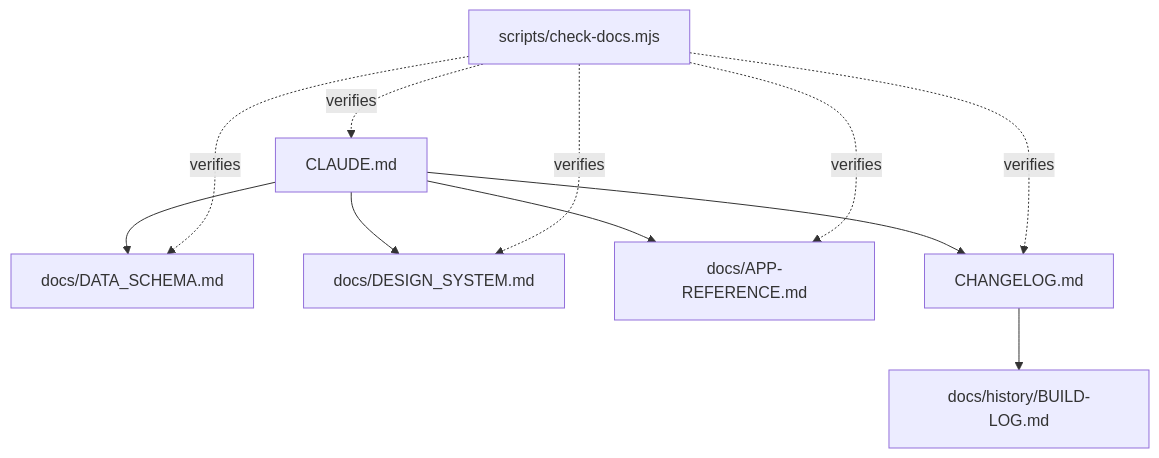
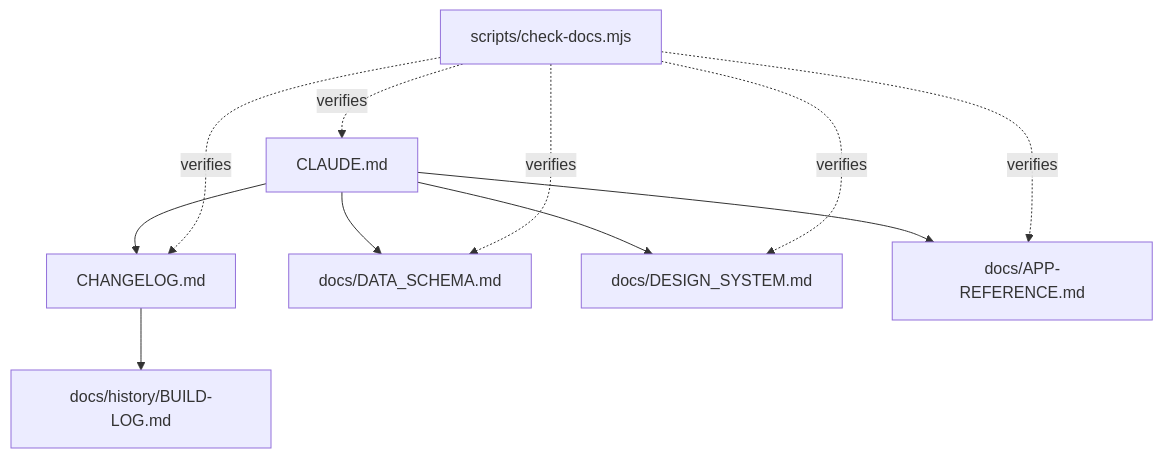
One commit to InesPatricia/Mi-Dia-App changed the diagram in README.md. Above: the diagram before and after it, drawn with Mermaid. The commit also changed other lines of this file, not shown here.

````diff
--- a/README.md
+++ b/README.md
@@ -223,14 +223,14 @@
 ```mermaid
 flowchart TB
     ROUTER["CLAUDE.md"]
+    ROUTER --> LOG["CHANGELOG.md"]
+    LOG --> ARCHIVE["docs/history/BUILD-LOG.md"]
     ROUTER --> SCHEMA["docs/DATA_SCHEMA.md"]
     ROUTER --> DESIGN["docs/DESIGN_SYSTEM.md"]
     ROUTER --> REF["docs/APP-REFERENCE.md"]
-    ROUTER --> LOG["CHANGELOG.md"]
-    LOG --> ARCHIVE["docs/history/BUILD-LOG.md"]
     GATE["scripts/check-docs.mjs"] -. verifies .-> ROUTER
     GATE -. verifies .-> SCHEMA
     GATE -. verifies .-> DESIGN
     GATE -. verifies .-> REF
     GATE -. verifies .-> LOG
 ```
````
